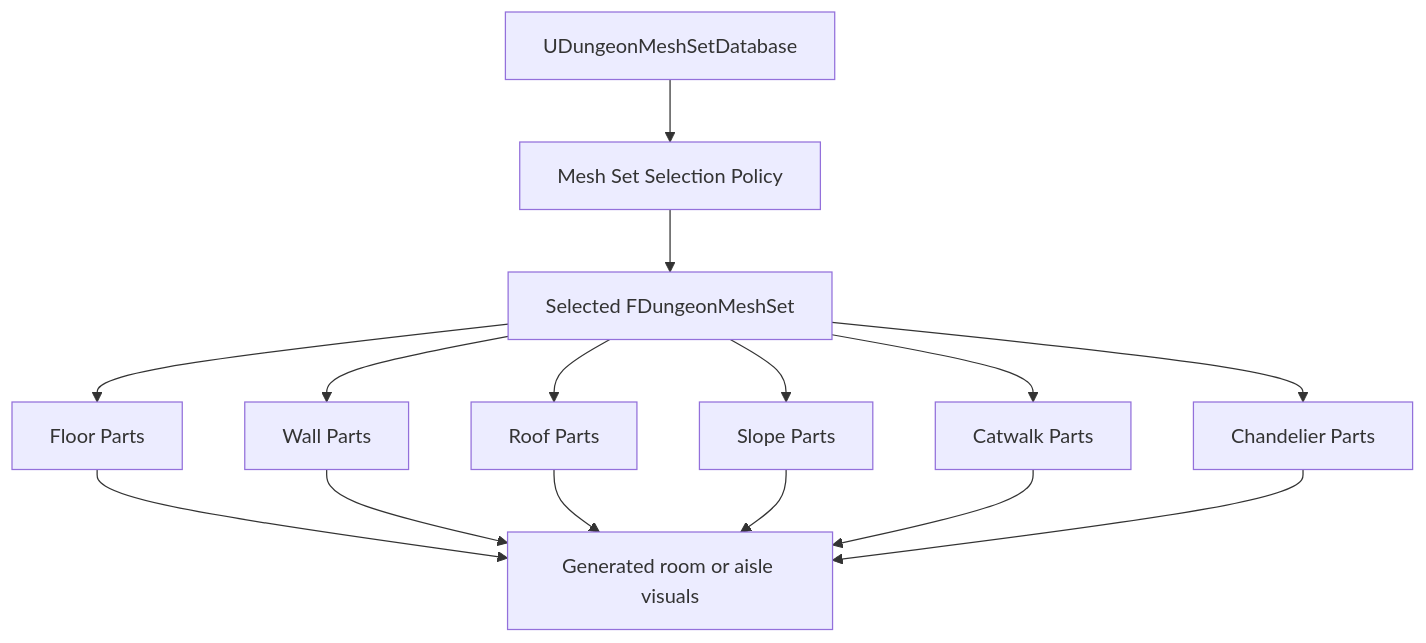
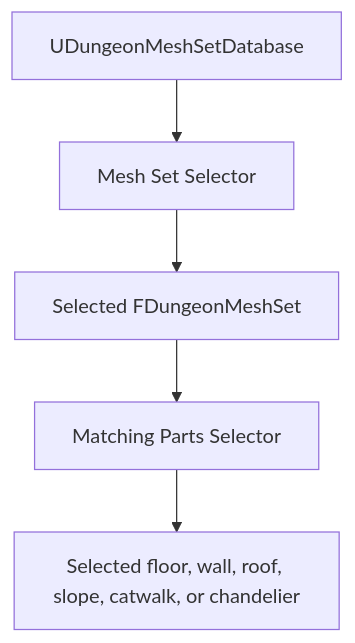
Before and after one commit to shun126/DungeonGenerator: the diagram in Document/tutorial/UDungeonMeshSetDatabase.en.md, drawn with Mermaid. The commit also changed other lines of this file and 332 other files, not shown here.

````diff
--- a/Document/tutorial/UDungeonMeshSetDatabase.en.md
+++ b/Document/tutorial/UDungeonMeshSetDatabase.en.md
@@ -12,17 +9,7 @@
 ```mermaid
 graph TD;
-    Database["UDungeonMeshSetDatabase"] --> Policy["Mesh Set Selection Policy"]
-    Policy --> MeshSet["Selected FDungeonMeshSet"]
-    MeshSet --> Floor["Floor Parts"]
-    MeshSet --> Wall["Wall Parts"]
-    MeshSet --> Roof["Roof Parts"]
-    MeshSet --> Slope["Slope Parts"]
-    MeshSet --> Catwalk["Catwalk Parts"]
-    MeshSet --> Chandelier["Chandelier Parts"]
-    Floor --> Result["Generated room or aisle visuals"]
-    Wall --> Result
-    Roof --> Result
-    Slope --> Result
-    Catwalk --> Result
-    Chandelier --> Result
+    Database["UDungeonMeshSetDatabase"] --> SetSelector["Mesh Set Selector"]
+    SetSelector --> MeshSet["Selected FDungeonMeshSet"]
+    MeshSet --> PartSelector["Matching Parts Selector"]
+    PartSelector --> Part["Selected floor, wall, roof, slope, catwalk, or chandelier"]
 ```
````
